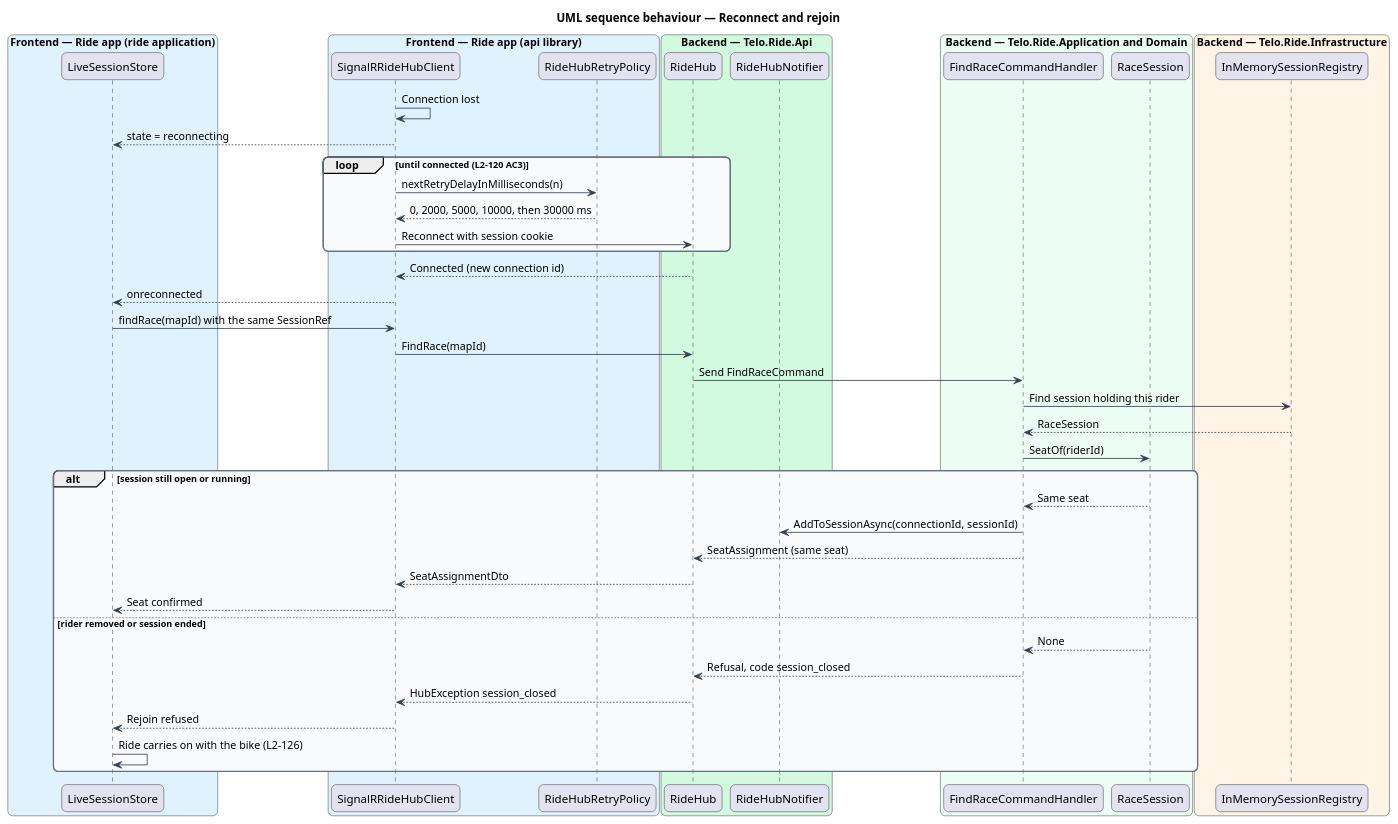
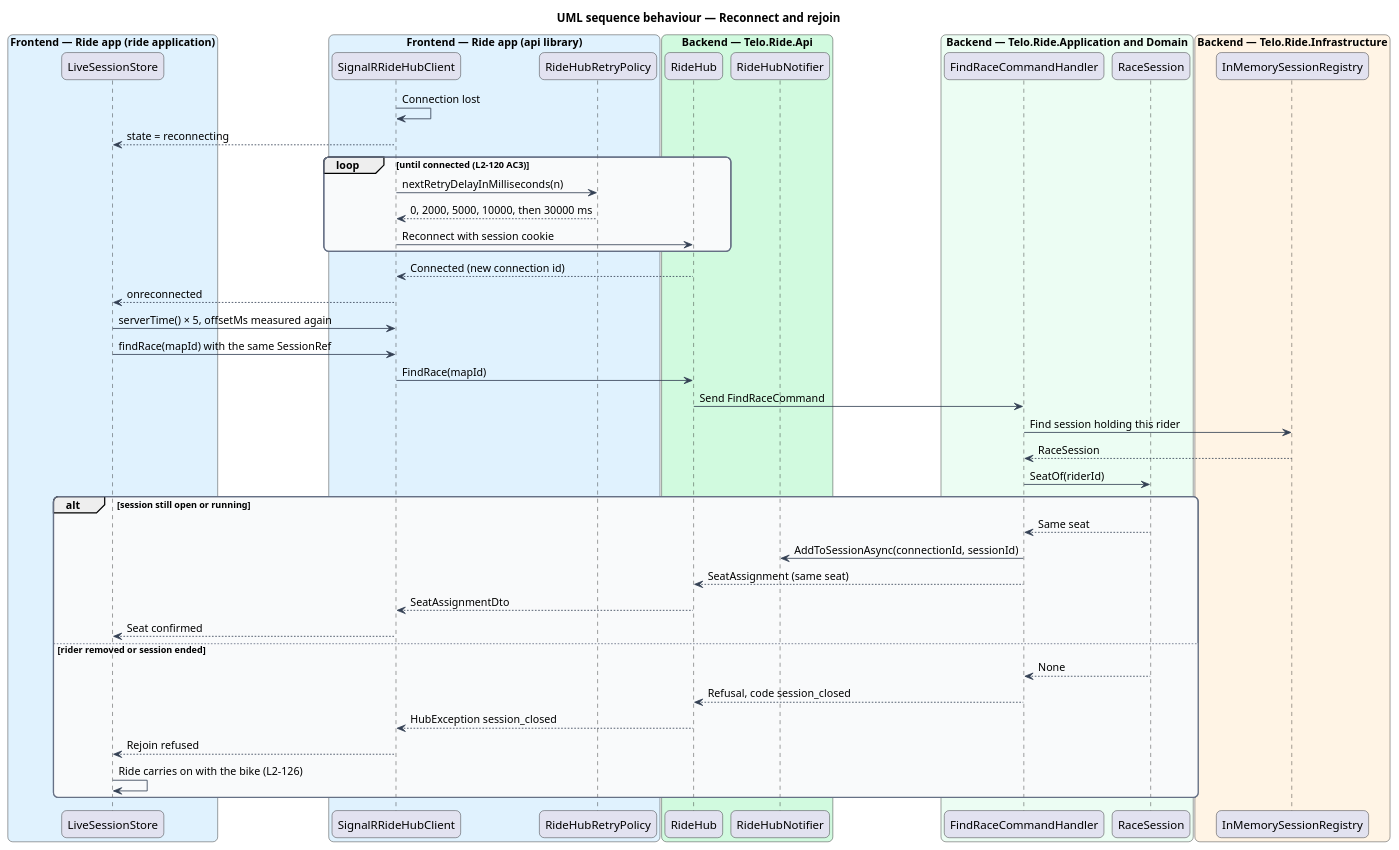
One commit to QuinntyneBrown/ride-one changed the diagram in docs/detailed-designs/multiplayer/connect-to-the-ride-hub/diagrams/sequence-reconnect-and-rejoin.puml. Above: the diagram before and after it, drawn with PlantUML. The commit also changed 9 other files, not shown here.

First line of the commit message:
Answer the ride hub's ServerTime for the clock offset (slice 14.1)

```diff
--- a/docs/detailed-designs/multiplayer/connect-to-the-ride-hub/diagrams/sequence-reconnect-and-rejoin.puml
+++ b/docs/detailed-designs/multiplayer/connect-to-the-ride-hub/diagrams/sequence-reconnect-and-rejoin.puml
@@ -1,63 +1,64 @@
 @startuml
 title UML sequence behaviour — Reconnect and rejoin
 skinparam backgroundColor #FFFFFF
 skinparam shadowing false
 skinparam roundcorner 12
 skinparam defaultFontName Arial
 skinparam ArrowColor #344054
 skinparam rectangle {
   BorderColor #344054
   FontColor #101828
 }
 skinparam package {
   BorderColor #667085
   FontColor #101828
   BackgroundColor #F9FAFB
 }
 box "Frontend — Ride app (ride application)" #E0F2FE
   participant "LiveSessionStore" as store
 end box
 box "Frontend — Ride app (api library)" #E0F2FE
   participant "SignalRRideHubClient" as client
   participant "RideHubRetryPolicy" as retry
 end box
 box "Backend — Telo.Ride.Api" #D1FADF
   participant "RideHub" as hub
   participant "RideHubNotifier" as notifier
 end box
 box "Backend — Telo.Ride.Application and Domain" #ECFDF3
   participant "FindRaceCommandHandler" as handler
   participant "RaceSession" as session
 end box
 box "Backend — Telo.Ride.Infrastructure" #FFF4E5
   participant "InMemorySessionRegistry" as registry
 end box
 client -> client : Connection lost
 client --> store : state = reconnecting
 loop until connected (L2-120 AC3)
   client -> retry : nextRetryDelayInMilliseconds(n)
   retry --> client : 0, 2000, 5000, 10000, then 30000 ms
   client -> hub : Reconnect with session cookie
 end
 hub --> client : Connected (new connection id)
 client --> store : onreconnected
+store -> client : serverTime() × 5, offsetMs measured again
 store -> client : findRace(mapId) with the same SessionRef
 client -> hub : FindRace(mapId)
 hub -> handler : Send FindRaceCommand
 handler -> registry : Find session holding this rider
 registry --> handler : RaceSession
 handler -> session : SeatOf(riderId)
 alt session still open or running
   session --> handler : Same seat
   handler -> notifier : AddToSessionAsync(connectionId, sessionId)
   handler --> hub : SeatAssignment (same seat)
   hub --> client : SeatAssignmentDto
   client --> store : Seat confirmed
 else rider removed or session ended
   session --> handler : None
   handler --> hub : Refusal, code session_closed
   hub --> client : HubException session_closed
   client --> store : Rejoin refused
   store -> store : Ride carries on with the bike (L2-126)
 end
 @enduml
```
